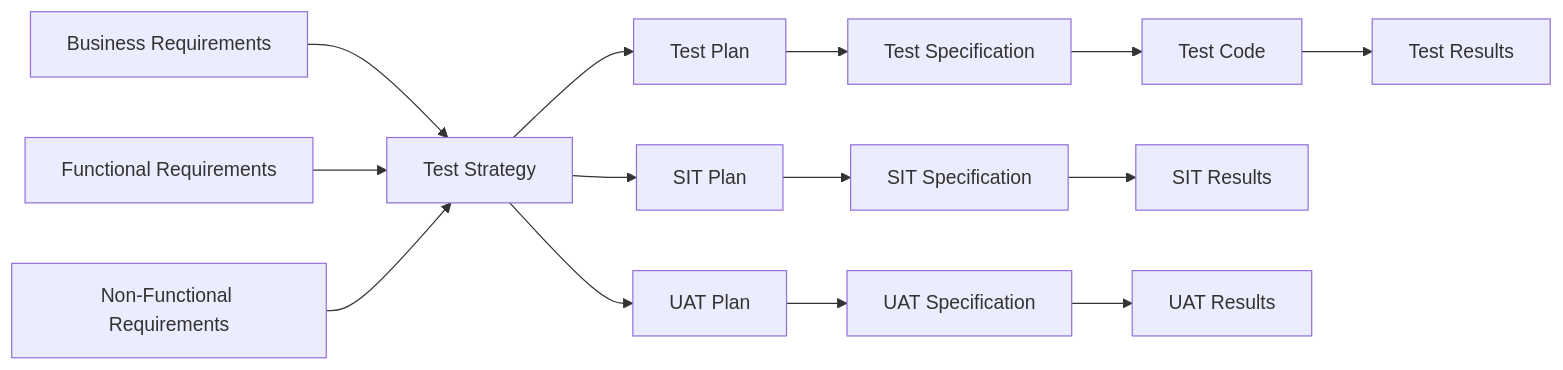
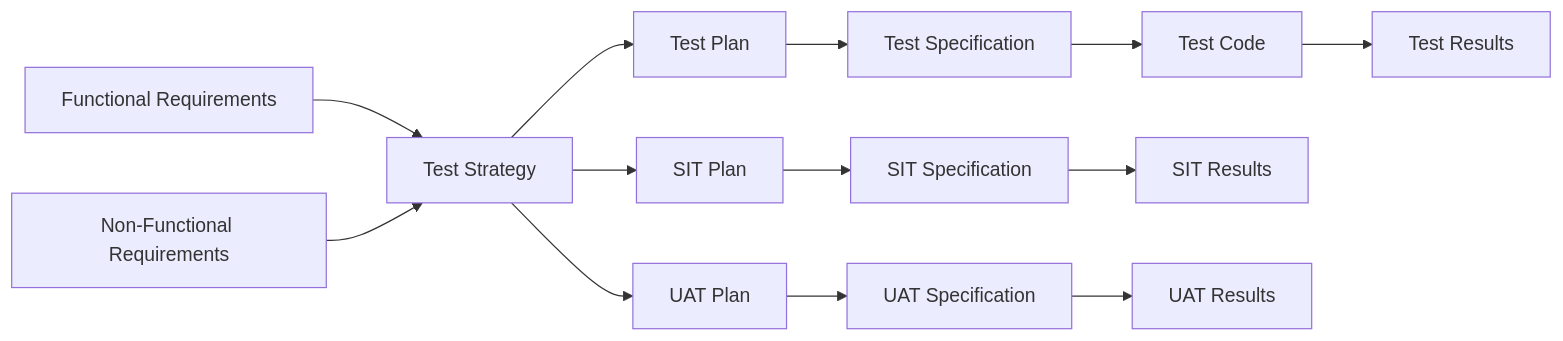
Before and after one commit to mahitotsu/ukiyoue: the fourth of 15 diagrams in specs/artifact-relationships.md, drawn with Mermaid. The commit also changed other lines of this file and 7 other files, not shown here.

````diff
--- a/specs/artifact-relationships.md
+++ b/specs/artifact-relationships.md
@@ -321,20 +318,19 @@
 ```mermaid
 graph LR
-    BizReq[Business Requirements] --> TestStrat[Test Strategy]
-    FuncReq[Functional Requirements] --> TestStrat
+    FuncReq[Functional Requirements] --> TestStrat[Test Strategy]
     NonFuncReq[Non-Functional Requirements] --> TestStrat
 
     TestStrat --> TestPlan[Test Plan]
     TestStrat --> SITPlan[SIT Plan]
     TestStrat --> UATPlan[UAT Plan]
 
     TestPlan --> TestSpec[Test Specification]
     TestSpec --> TestCode[Test Code]
     TestCode --> TestResults[Test Results]
 
     SITPlan --> SITSpec[SIT Specification]
     SITSpec --> SITResults[SIT Results]
 
     UATPlan --> UATSpec[UAT Specification]
     UATSpec --> UATResults[UAT Results]
 ```
````
